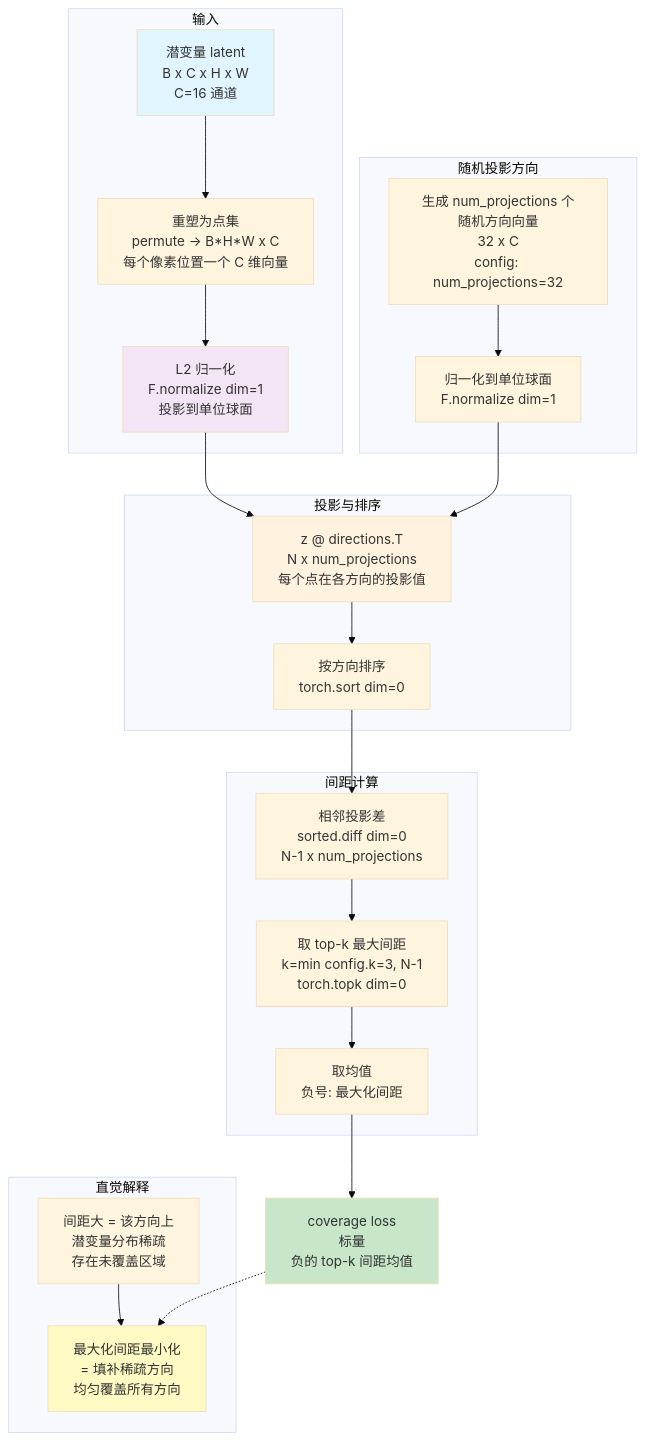
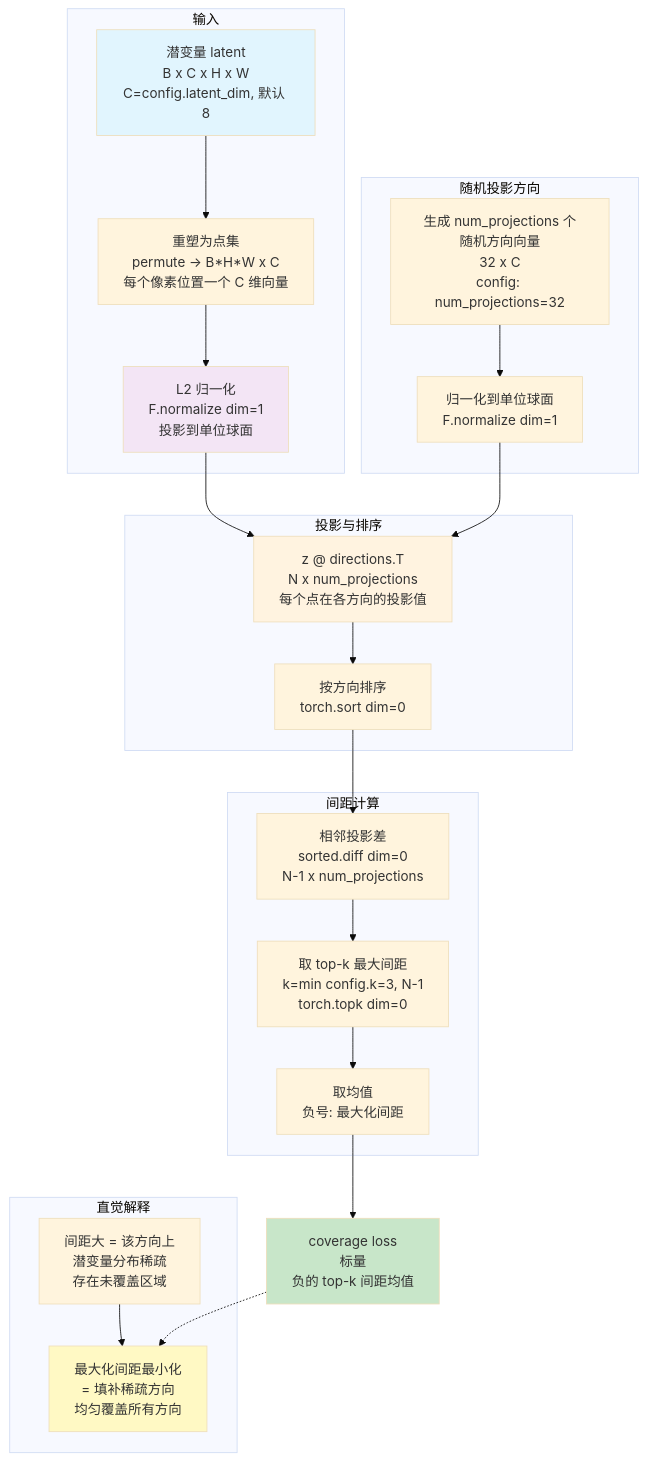
Before and after one commit to novvoo/kakeya-vae: the second of 19 diagrams in docs/architecture.md, drawn with Mermaid (base theme). The commit also changed other lines of this file and 6 other files, not shown here.

````diff
--- a/docs/architecture.md
+++ b/docs/architecture.md
@@ -49,50 +49,50 @@
 ```mermaid
 flowchart TD
     subgraph 输入
-        LATENT[潜变量 latent<br/>B x C x H x W<br/>C=16 通道]
+        LATENT[潜变量 latent<br/>B x C x H x W<br/>C=config.latent_dim, 默认 8]
         RESHAP[重塑为点集<br/>permute → B*H*W x C<br/>每个像素位置一个 C 维向量]
         NORM[L2 归一化<br/>F.normalize dim=1<br/>投影到单位球面]
         LATENT --> RESHAP
         RESHAP --> NORM
     end
 
     subgraph 随机投影方向
         DIR[生成 num_projections 个<br/>随机方向向量<br/>32 x C<br/>config: num_projections=32]
         NORM_DIR[归一化到单位球面<br/>F.normalize dim=1]
         DIR --> NORM_DIR
     end
 
     subgraph 投影与排序
         PROJ[z @ directions.T<br/>N x num_projections<br/>每个点在各方向的投影值]
         SORT[按方向排序<br/>torch.sort dim=0]
         PROJ --> SORT
     end
 
     NORM --> PROJ
     NORM_DIR --> PROJ
 
     subgraph 间距计算
         DIFF[相邻投影差<br/>sorted.diff dim=0<br/>N-1 x num_projections]
         TOPK[取 top-k 最大间距<br/>k=min config.k=3, N-1<br/>torch.topk dim=0]
         MEAN[取均值<br/>负号: 最大化间距]
         SORT --> DIFF
         DIFF --> TOPK
         TOPK --> MEAN
     end
 
     MEAN --> OUT[coverage loss<br/>标量<br/>负的 top-k 间距均值]
 
     subgraph 直觉解释
         INT1[间距大 = 该方向上<br/>潜变量分布稀疏<br/>存在未覆盖区域]
         INT2[最大化间距最小化<br/>= 填补稀疏方向<br/>均匀覆盖所有方向]
         INT1 --> INT2
     end
 
     OUT -.-> INT2
 
     style LATENT fill:#e1f5fe
     style NORM fill:#f3e5f5
     style PROJ fill:#fff3e0
     style OUT fill:#c8e6c9
     style INT2 fill:#fff9c4
 ```
````
